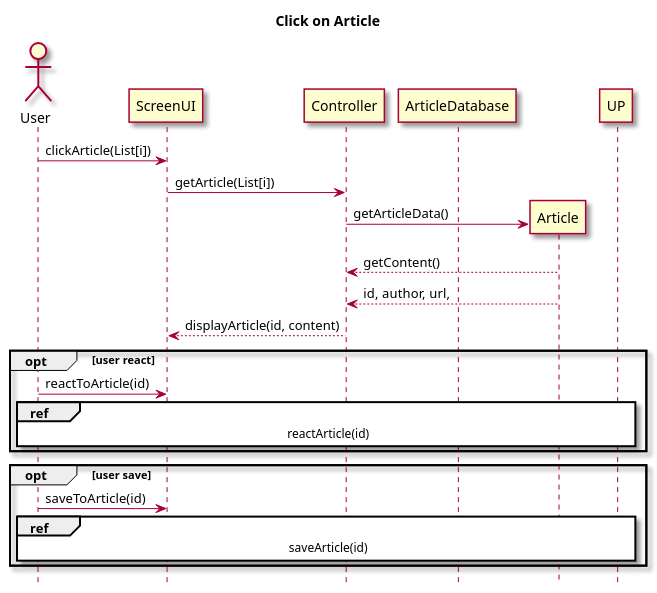
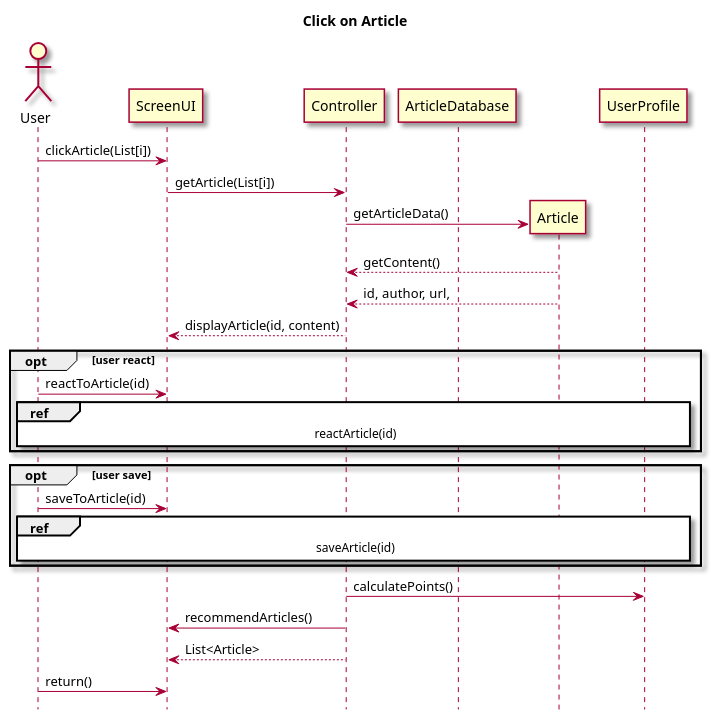
One commit to owhitleym-ui/EcoScoop changed the third of 3 diagrams in intellij/doc/use-cases/access-article.md. Above: the diagram before and after it, drawn with PlantUML. The commit also changed 2 other files, not shown here.

Commit message:
Worked on Class Diagram

````diff
--- a/intellij/doc/use-cases/access-article.md
+++ b/intellij/doc/use-cases/access-article.md
@@ -96,38 +96,47 @@
 ```plantuml
 @startuml
 
 title Click on Article
 skin rose
 hide footbox
 
 actor User as user
 participant ScreenUI as UI
 participant Controller as controller
 participant ArticleDatabase as AD
 
 
 user -> UI : clickArticle(List[i])
 UI -> controller : getArticle(List[i])
 controller -> Article ** : getArticleData()
 
 
 Article --> controller : getContent()
 Article --> controller : id, author, url, 
 controller --> UI :displayArticle(id, content)
 
+participant UserProfile as UP
+
 opt user react
 user -> UI: reactToArticle(id)
 ref over user, controller, UI,UP
     reactArticle(id)
     end ref
 end
 
 opt user save
 user -> UI: saveToArticle(id)
 ref over user, controller, UI,UP
     saveArticle(id)
     end ref
 end
 
+controller -> UP : calculatePoints()
+controller -> UI : recommendArticles()
+controller --> UI: List<Article>
+
+user -> UI: return()
+
+
 @enduml
 ```
````
